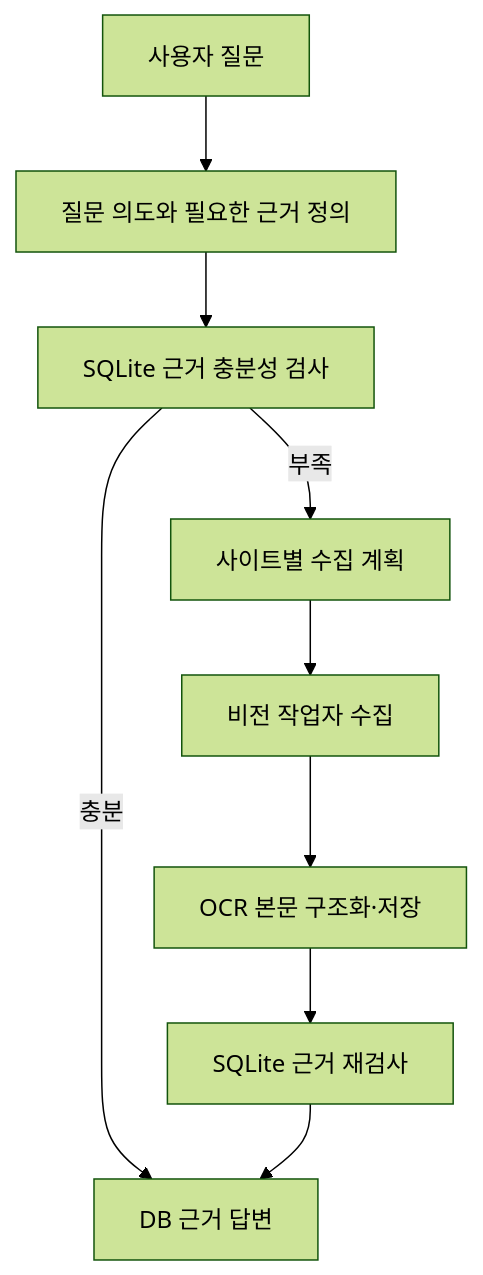
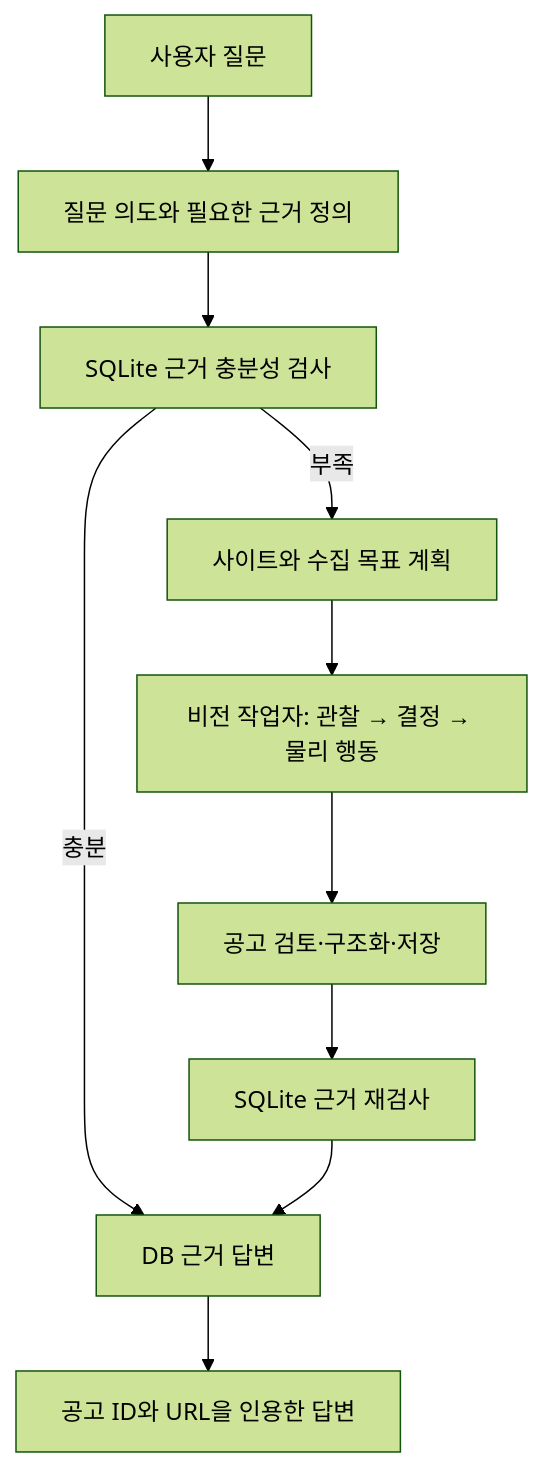
One commit to Dreamtreeme/L2C changed the diagram in README.md. Above: the diagram before and after it, drawn with Mermaid (forest theme). The commit also changed other lines of this file and 98 other files, not shown here.

````diff
--- a/README.md
+++ b/README.md
@@ -67,11 +61,12 @@
 ```mermaid
 flowchart TD
     A["사용자 질문"] --> B["질문 의도와 필요한 근거 정의"]
     B --> C["SQLite 근거 충분성 검사"]
     C -->|"충분"| H["DB 근거 답변"]
-    C -->|"부족"| D["사이트별 수집 계획"]
-    D --> E["비전 작업자 수집"]
-    E --> F["OCR 본문 구조화·저장"]
+    C -->|"부족"| D["사이트와 수집 목표 계획"]
+    D --> E["비전 작업자: 관찰 → 결정 → 물리 행동"]
+    E --> F["공고 검토·구조화·저장"]
     F --> G["SQLite 근거 재검사"]
     G --> H
+    H --> I["공고 ID와 URL을 인용한 답변"]
 ```
````
